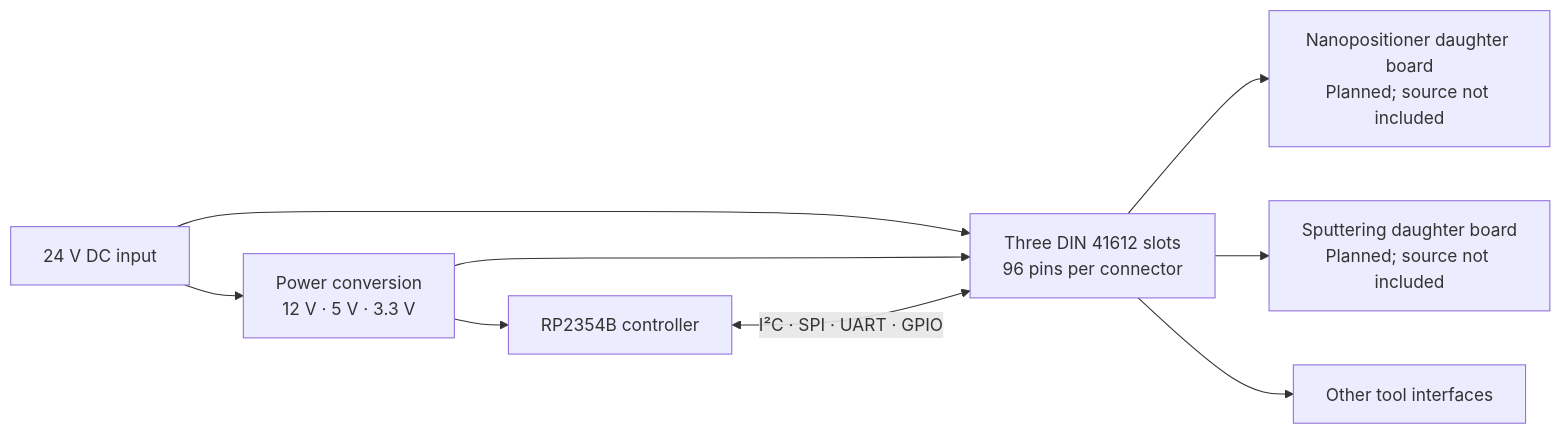
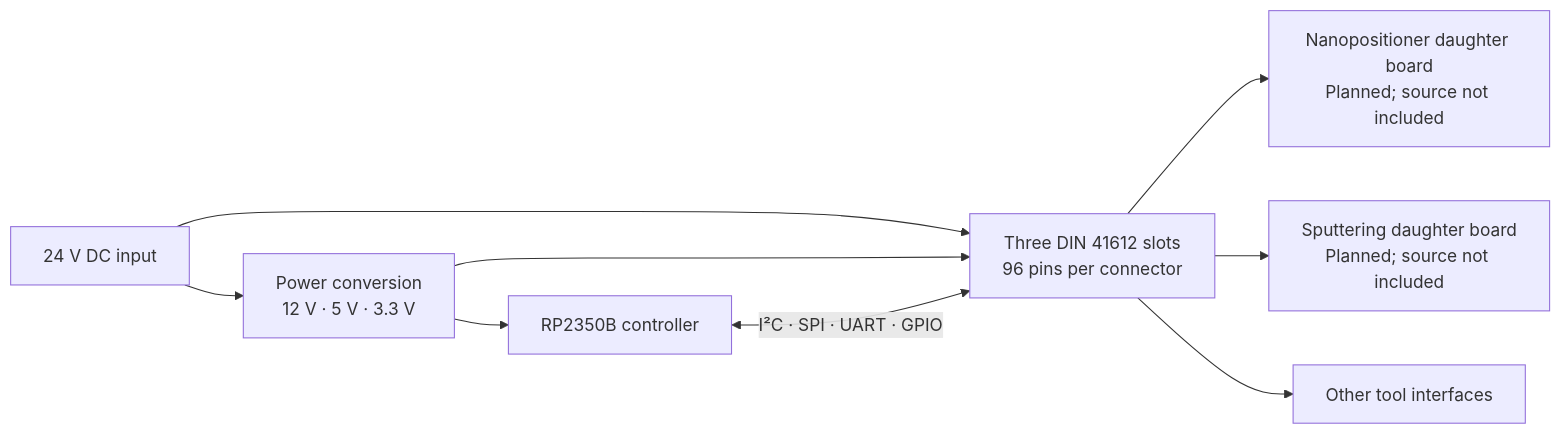
The diagram in docs/architecture.md (jonahsaunders/fab-computer-hackerfab), drawn with Mermaid before and after one commit. The commit also changed other lines of this file and 22 other files, not shown here.

````diff
--- a/docs/architecture.md
+++ b/docs/architecture.md
@@ -9,11 +9,11 @@
 ```mermaid
 flowchart LR
     Supply["24 V DC input"] --> Power["Power conversion<br/>12 V · 5 V · 3.3 V"]
-    Power --> MCU["RP2354B controller"]
+    Power --> MCU["RP2350B controller"]
     Supply --> Slots["Three DIN 41612 slots<br/>96 pins per connector"]
     Power --> Slots
     MCU <-->|"I²C · SPI · UART · GPIO"| Slots
     Slots --> Nano["Nanopositioner daughter board<br/>Planned; source not included"]
     Slots --> Sputter["Sputtering daughter board<br/>Planned; source not included"]
     Slots --> Future["Other tool interfaces"]
 ```
````
